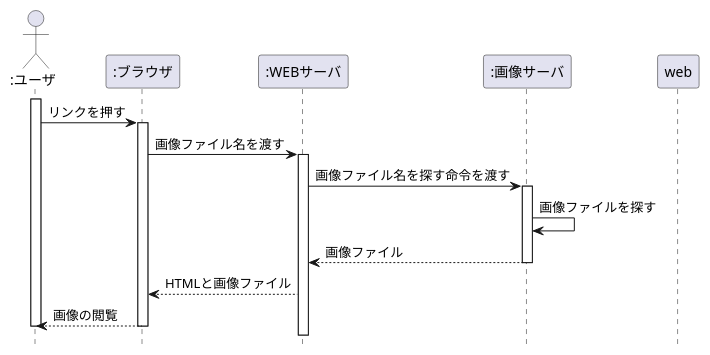
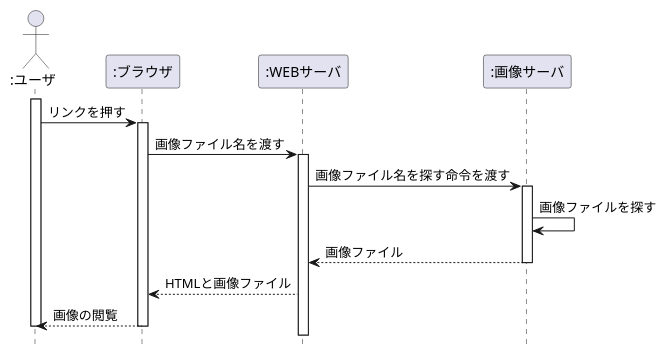
One commit to HIKAKINsan/uml-introduction changed the diagram in 演習4-6_SD_Web画像検索.pu. Above: the diagram before and after it, drawn with PlantUML.

Commit message:
演習問題の修正

```diff
--- a/演習4-6_SD_Web画像検索.pu
+++ b/演習4-6_SD_Web画像検索.pu
@@ -1,22 +1,21 @@
 @startuml 図4-6
 hide footbox
 actor ":ユーザ" as user 
 participant ":ブラウザ" as brs
 participant ":WEBサーバ" as webs
 participant ":画像サーバ" as img
 activate user
 user -> brs :リンクを押す
 activate brs
 brs -> webs :画像ファイル名を渡す
 activate webs
 webs -> img :画像ファイル名を探す命令を渡す
 activate img
 img -> img :画像ファイルを探す
 img --> webs :画像ファイル
 deactivate img
 webs --> brs :HTMLと画像ファイル
-deactivate web
 brs --> user :画像の閲覧
 deactivate brs
 deactivate user
 @enduml
```
